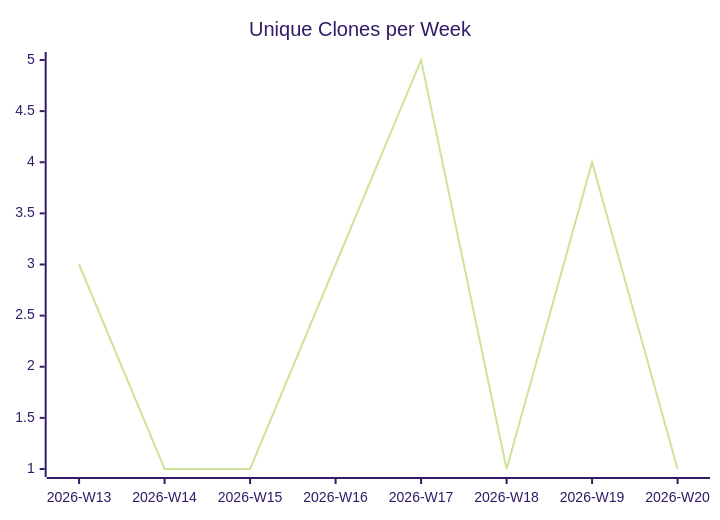
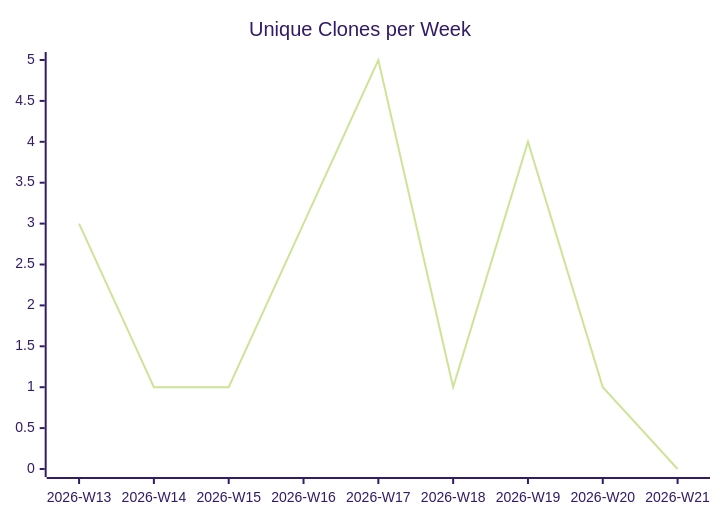
Before and after one commit to justdavis-family/github-analytics-data: the third of 3 diagrams in karlmdavis/stockfighter-trades-solutions/README.md, drawn with Mermaid (forest theme). The commit also changed other lines of this file and 189 other files, not shown here.

````diff
--- a/karlmdavis/stockfighter-trades-solutions/README.md
+++ b/karlmdavis/stockfighter-trades-solutions/README.md
@@ -19,6 +19,6 @@
 ```mermaid
 xychart-beta
   title "Unique Clones per Week"
-  x-axis ["2026-W13", "2026-W14", "2026-W15", "2026-W16", "2026-W17", "2026-W18", "2026-W19", "2026-W20"]
-  line [3, 1, 1, 3, 5, 1, 4, 1]
+  x-axis ["2026-W13", "2026-W14", "2026-W15", "2026-W16", "2026-W17", "2026-W18", "2026-W19", "2026-W20", "2026-W21"]
+  line [3, 1, 1, 3, 5, 1, 4, 1, 0]
 ```
````
